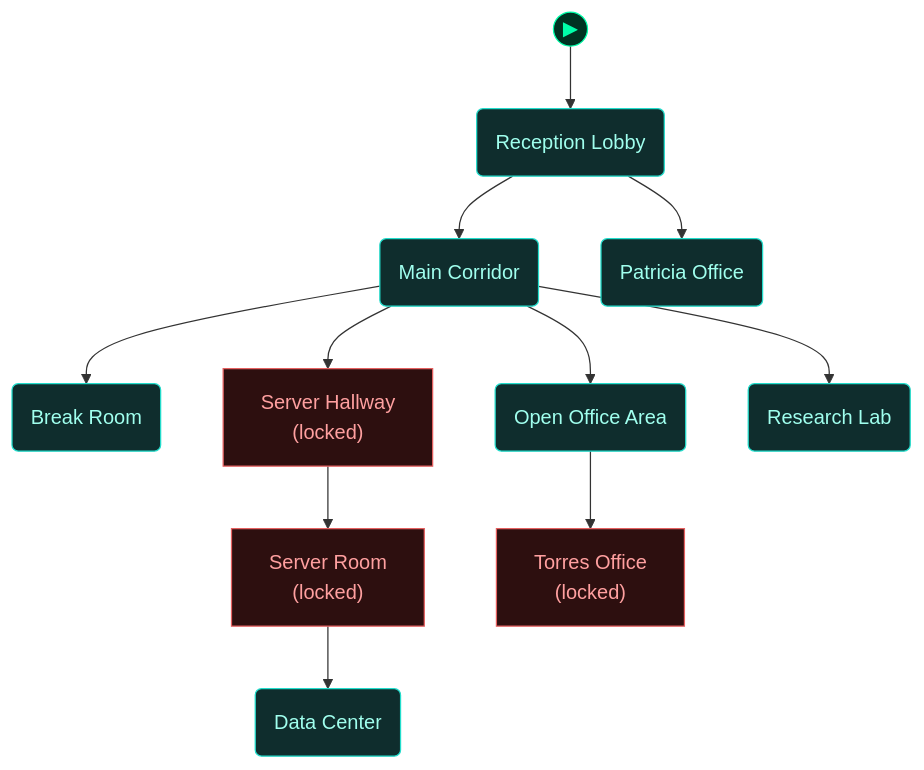
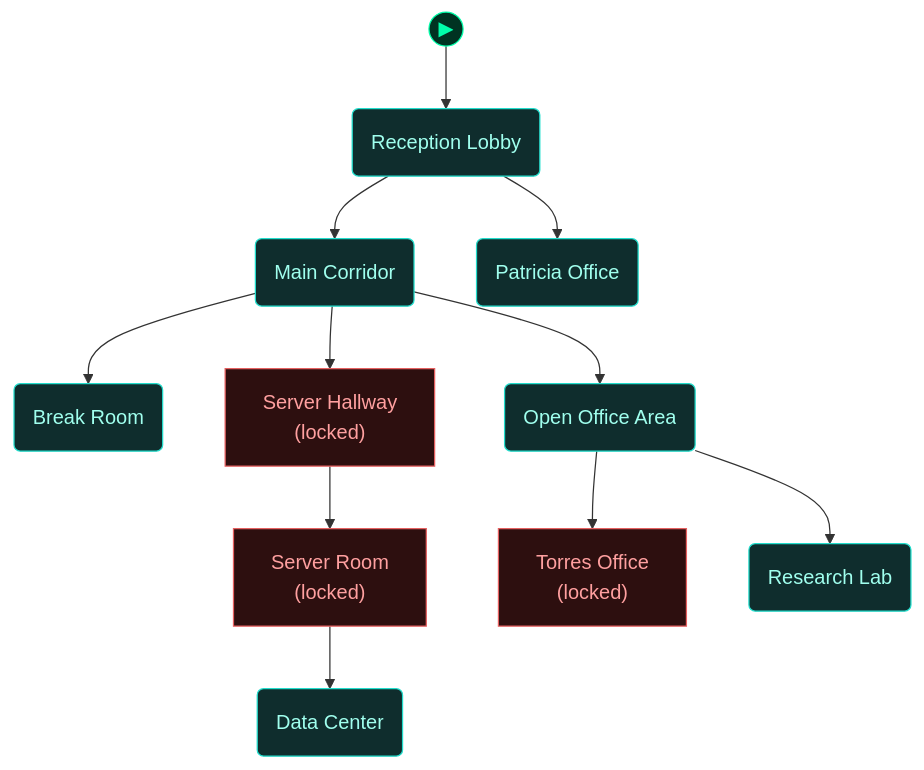
The fourth of 5 diagrams in scenarios/m05_insider_trading/dungeon_graph.md (cliffe/BreakEscape), drawn with Mermaid before and after one commit. The commit also changed other lines of this file and 24 other files, not shown here.

````diff
--- a/scenarios/m05_insider_trading/dungeon_graph.md
+++ b/scenarios/m05_insider_trading/dungeon_graph.md
@@ -277,46 +308,46 @@
 ```mermaid
 flowchart TD
 
   classDef room      fill:#0f2d2d,stroke:#22ddcc,color:#a0ffee
   classDef lock      fill:#2d0f0f,stroke:#e66060,color:#ffa0a0
   classDef key       fill:#2d0812,stroke:#e66060,color:#ffa0a0
   classDef item      fill:#2d1200,stroke:#e89030,color:#ffcc80
   classDef gate      fill:#111,stroke:#666,color:#eee
   classDef vm        fill:#0c1f40,stroke:#4a90d9,color:#a0c8ff
   classDef flag      fill:#1a0c2d,stroke:#9060d0,color:#cc99ff
   classDef action    fill:#1a1200,stroke:#cc9922,color:#ffee88
   classDef aim       fill:#0d2a0d,stroke:#44cc44,color:#88ff88
   classDef aim_gate  fill:#111111,stroke:#44cc44,color:#44cc44
   classDef container fill:#1a2d1a,stroke:#60b060,color:#a0e0a0
   classDef npc       fill:#2d1f0d,stroke:#d0a050,color:#ffe0a0
   classDef critical  fill:#2a1500,stroke:#ffaa00,color:#ffdd88
   classDef start     fill:#003322,stroke:#00ffaa,color:#00ffaa
 
   node_start(("▶"))
   node_start --> reception_lobby
 
   reception_lobby("Reception Lobby")
   main_corridor("Main Corridor")
   break_room("Break Room")
   open_office_area("Open Office Area")
   server_hallway["Server Hallway<br/>(locked)"]
   server_room["Server Room<br/>(locked)"]
   torres_office["Torres Office<br/>(locked)"]
   research_lab("Research Lab")
   patricia_office("Patricia Office")
   data_center("Data Center")
 
   reception_lobby --> main_corridor
   reception_lobby --> patricia_office
   main_corridor --> break_room
+  main_corridor --> server_hallway
   main_corridor --> open_office_area
-  main_corridor --> server_hallway
-  main_corridor --> research_lab
   open_office_area --> torres_office
+  open_office_area --> research_lab
   server_hallway --> server_room
   server_room --> data_center
 
   class reception_lobby,main_corridor,break_room,open_office_area,research_lab,patricia_office,data_center room
   class server_hallway,server_room,torres_office lock
   class node_start start
 ```
````
